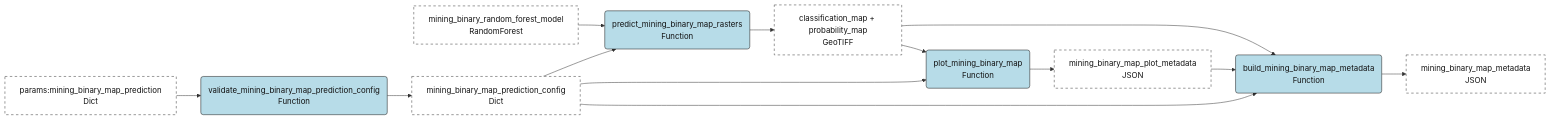
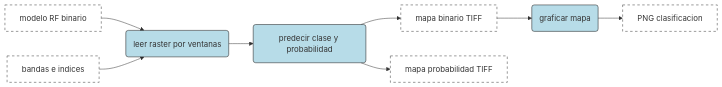
The eighth of 16 diagrams in docs/proyecto_final.qmd (KevinReyes95-04/Proyecto_programacionSIG), drawn with Mermaid before and after one commit. The commit also changed other lines of this file and 55 other files, not shown here.

````diff
--- a/docs/proyecto_final.qmd
+++ b/docs/proyecto_final.qmd
@@ -696,18 +615,12 @@
 ```{mermaid}
 flowchart LR
-  params["params:mining_binary_map_prediction<br/>Dict"]:::input --> v("validate_mining_binary_map_prediction_config<br/>Function"):::func
-  v --> cfg["mining_binary_map_prediction_config<br/>Dict"]:::output
-  model["mining_binary_random_forest_model<br/>RandomForest"]:::input --> pred("predict_mining_binary_map_rasters<br/>Function"):::func
-  cfg --> pred
-  pred --> rasters["classification_map + probability_map<br/>GeoTIFF"]:::output
-  rasters --> plot("plot_mining_binary_map<br/>Function"):::func
-  cfg --> plot
-  plot --> png["mining_binary_map_plot_metadata<br/>JSON"]:::output
-  rasters --> meta("build_mining_binary_map_metadata<br/>Function"):::func
-  png --> meta
-  cfg --> meta
-  meta --> out["mining_binary_map_metadata<br/>JSON"]:::output
-  classDef input fill:#ffffff,stroke:#333333,stroke-dasharray:5 5,color:#111111;
-  classDef output fill:#ffffff,stroke:#333333,stroke-dasharray:5 5,color:#111111;
-  classDef func fill:#b7dce8,stroke:#111111,color:#111111;
+  model["modelo RF binario"]:::data --> win("leer raster por ventanas"):::node
+  ras["bandas e indices"]:::data --> win
+  win --> pred("predecir clase y probabilidad"):::node
+  pred --> map["mapa binario TIFF"]:::data
+  pred --> prob["mapa probabilidad TIFF"]:::data
+  map --> png("graficar mapa"):::node
+  png --> out["PNG clasificacion"]:::data
+  classDef data fill:#ffffff,stroke:#333,stroke-dasharray:5 5;
+  classDef node fill:#b7dce8,stroke:#111;
 ```
````
